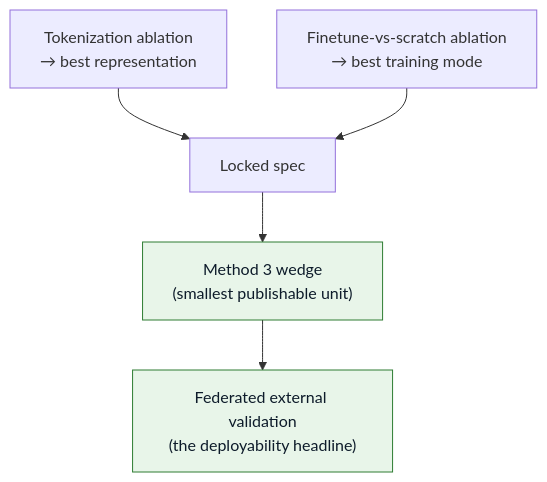
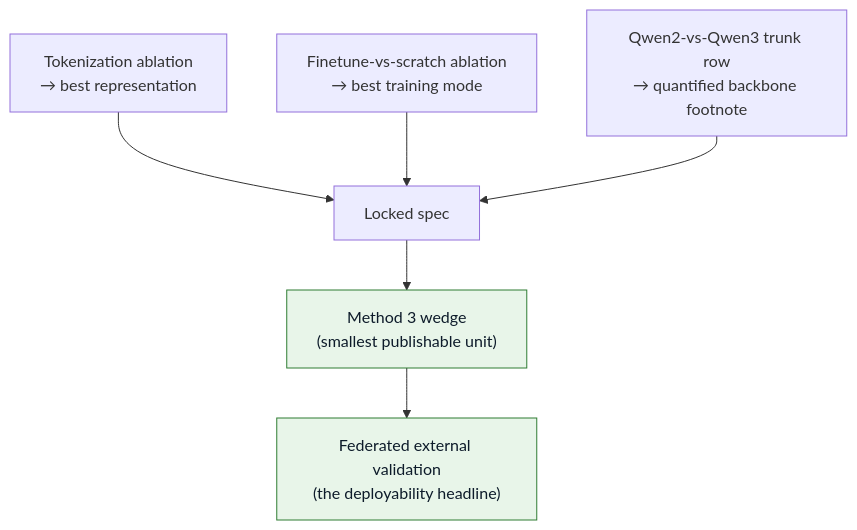
The third of 3 diagrams in website/docs/ablations.md (sajor2000/clifatron2.0), drawn with Mermaid before and after one commit. The commit also changed other lines of this file and 37 other files, not shown here.

````diff
--- a/website/docs/ablations.md
+++ b/website/docs/ablations.md
@@ -102,10 +123,11 @@
 ```mermaid
 flowchart TB
     T1["Tokenization ablation<br/>→ best representation"] --> SPEC["Locked spec"]
     T2["Finetune-vs-scratch ablation<br/>→ best training mode"] --> SPEC
+    T3["Qwen2-vs-Qwen3 trunk row<br/>→ quantified backbone footnote"] --> SPEC
     SPEC --> M3["Method 3 wedge<br/>(smallest publishable unit)"]
     M3 --> FED["Federated external validation<br/>(the deployability headline)"]
 
     classDef out fill:#e8f5e9,stroke:#2e7d32,color:#0d1b2a;
     class M3,FED out;
 ```
````
